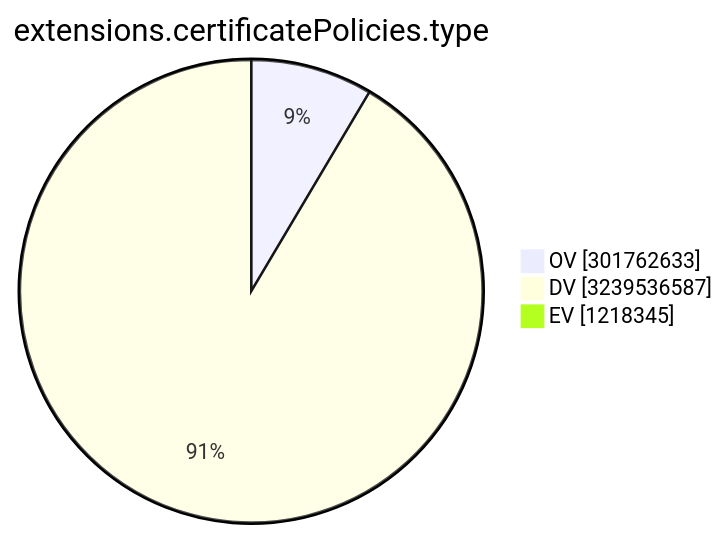
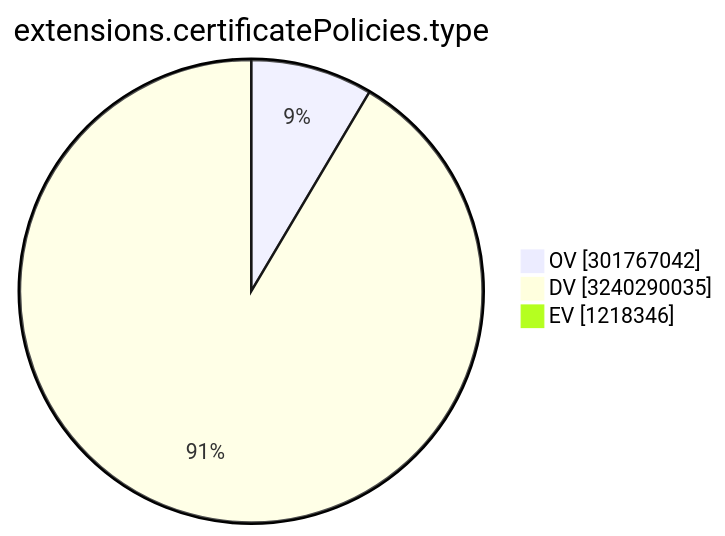
Before and after one commit to christiankrug/ctmonitor_visualization: the ninth of 15 diagrams in TOTAL/README.md, drawn with Mermaid. The commit also changed other lines of this file, not shown here.

````diff
--- a/TOTAL/README.md
+++ b/TOTAL/README.md
@@ -3107,7 +3107,7 @@
 ```mermaid
 pie showData
 title extensions.certificatePolicies.type
-"OV" :301762633
-"DV" :3239536587
-"EV" :1218345
+"OV" :301767042
+"DV" :3240290035
+"EV" :1218346
 ```
````
